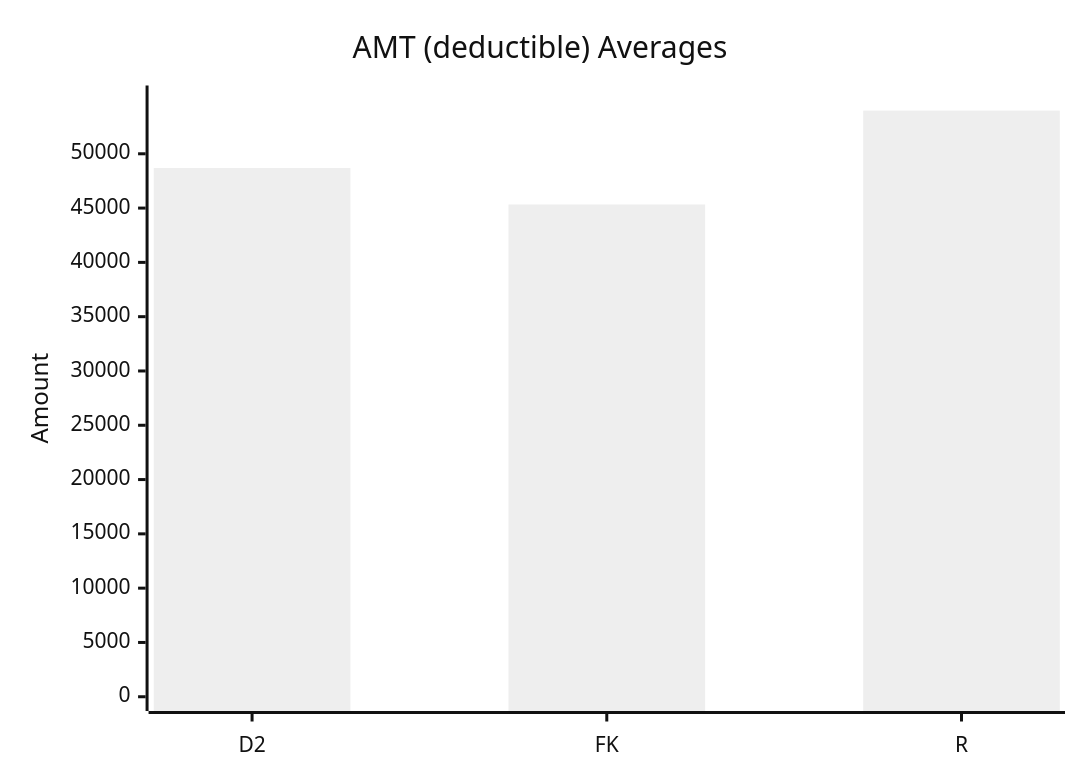
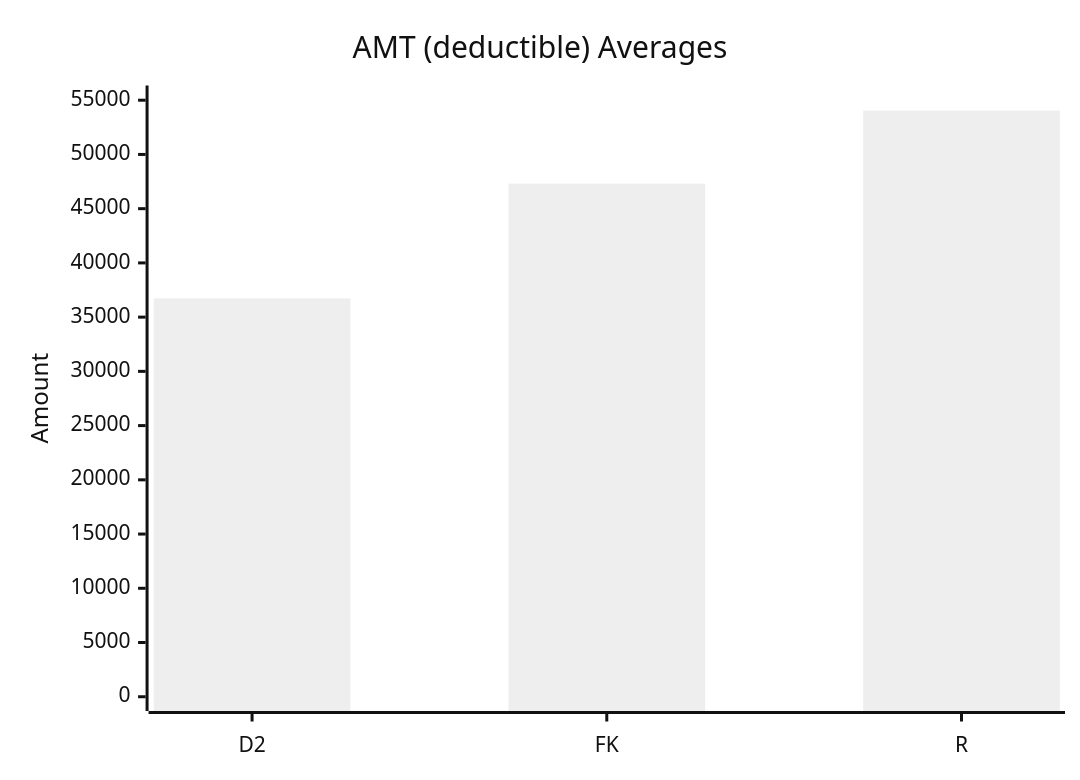
The ninth of 10 diagrams in test-tools/DataGen/src/Statistics_Visualizer.md (dhagan-va/intern-2025), drawn with Mermaid (neutral theme) before and after one commit. The commit also changed other lines of this file and 5 other files, not shown here.

````diff
--- a/test-tools/DataGen/src/Statistics_Visualizer.md
+++ b/test-tools/DataGen/src/Statistics_Visualizer.md
@@ -97,7 +98,7 @@
 ```mermaid
 xychart-beta
     title "AMT (deductible) Averages"
     x-axis ["D2", "FK", "R"]
-    y-axis "Amount" 0 --> 54975.928611111114
-    bar [48691.38861111111, 45329.902500000004, 53975.928611111114]
+    y-axis "Amount" 0 --> 55042.253749999996
+    bar [36729.746875000004, 47307.99312499999, 54042.253749999996]
 ```
````
